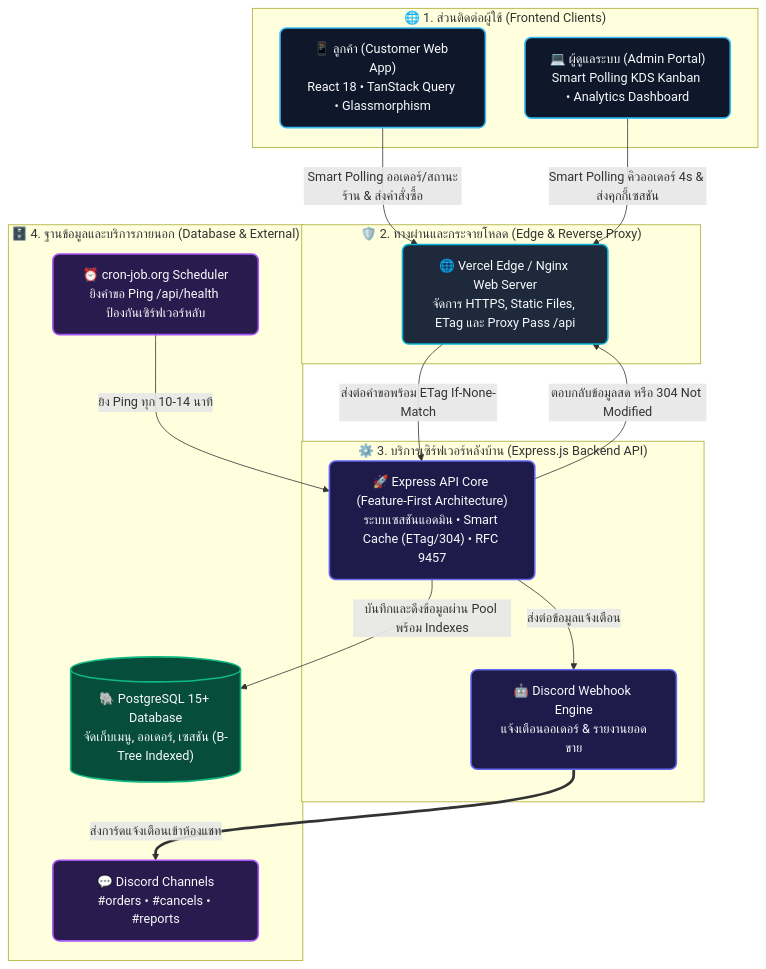
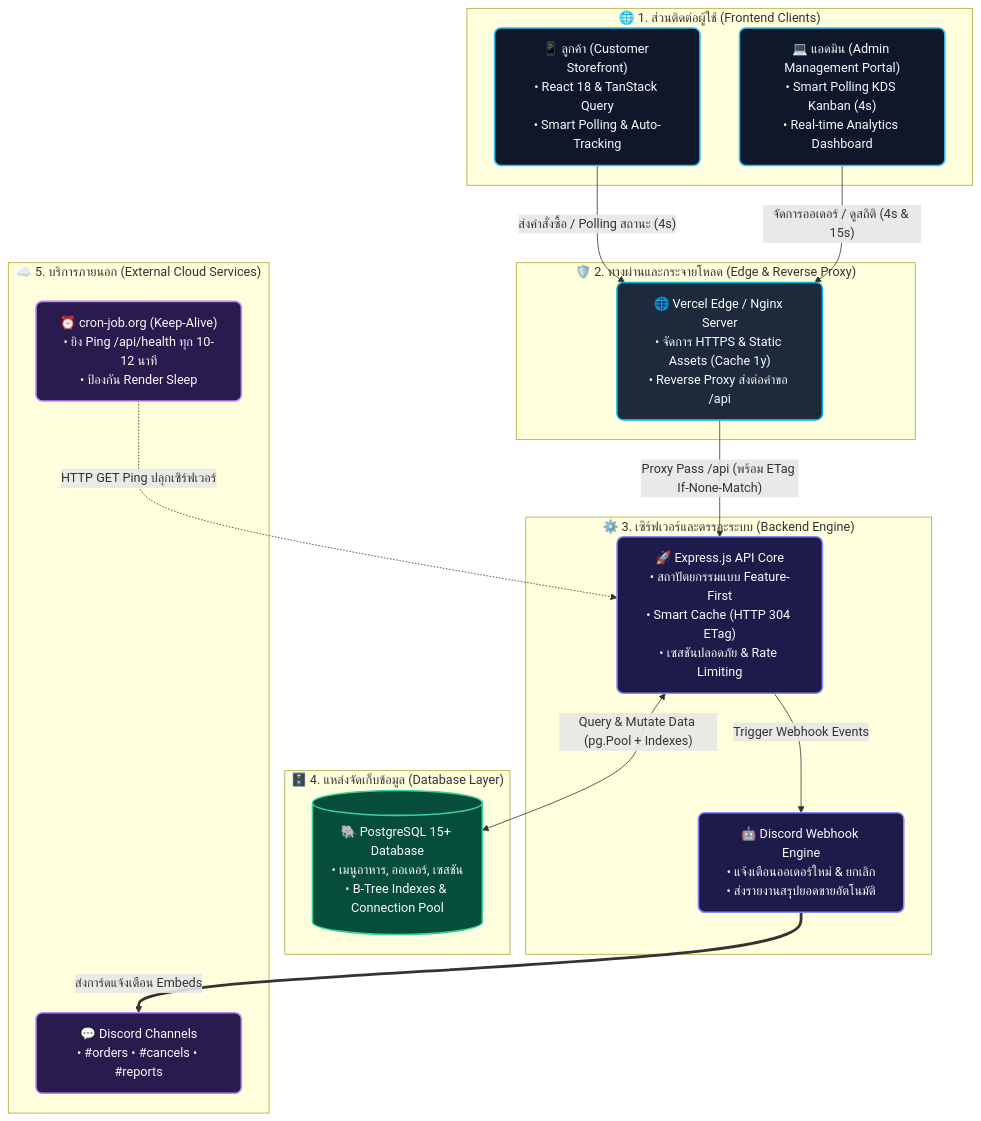
One commit to Youngmaidainon/Food-Order-Web-Application changed the diagram in README.md. Above: the diagram before and after it, drawn with Mermaid.

Commit message:
Renew Mermaid Diagram

````diff
--- a/README.md
+++ b/README.md
@@ -25,42 +25,44 @@
 ```mermaid
 flowchart TD
     %% กำหนดชุดสีและสไตล์ของแต่ละเลเยอร์ (GitHub Dark & Light Compatible)
-    classDef clientStyle fill:#0f172a,stroke:#38bdf8,stroke-width:2px,color:#f8fafc,rx:8px
-    classDef proxyStyle fill:#1e293b,stroke:#06b6d4,stroke-width:2px,color:#f8fafc,rx:8px
-    classDef backendStyle fill:#1e1b4b,stroke:#6366f1,stroke-width:2px,color:#f8fafc,rx:8px
-    classDef dbStyle fill:#064e3b,stroke:#10b981,stroke-width:2px,color:#f8fafc
-    classDef extStyle fill:#2a1b4e,stroke:#a855f7,stroke-width:2px,color:#f8fafc,rx:8px
+    classDef client fill:#0f172a,stroke:#38bdf8,stroke-width:2px,color:#f8fafc,rx:8px
+    classDef proxy fill:#1e293b,stroke:#06b6d4,stroke-width:2px,color:#f8fafc,rx:8px
+    classDef backend fill:#1e1b4b,stroke:#818cf8,stroke-width:2px,color:#f8fafc,rx:8px
+    classDef db fill:#064e3b,stroke:#34d399,stroke-width:2px,color:#f8fafc,rx:8px
+    classDef ext fill:#2a1b4e,stroke:#c084fc,stroke-width:2px,color:#f8fafc,rx:8px
 
-    subgraph Layer_Client ["🌐 1. ส่วนติดต่อผู้ใช้ (Frontend Clients)"]
-        Customer["📱 ลูกค้า (Customer Web App)<br/>React 18 • TanStack Query • Glassmorphism"]:::clientStyle
-        Admin["💻 ผู้ดูแลระบบ (Admin Portal)<br/>Smart Polling KDS Kanban • Analytics Dashboard"]:::clientStyle
+    subgraph CLIENTS ["🌐 1. ส่วนติดต่อผู้ใช้ (Frontend Clients)"]
+        Customer["📱 ลูกค้า (Customer Storefront)<br/>• React 18 & TanStack Query<br/>• Smart Polling & Auto-Tracking"]:::client
+        Admin["💻 แอดมิน (Admin Management Portal)<br/>• Smart Polling KDS Kanban (4s)<br/>• Real-time Analytics Dashboard"]:::client
     end
 
-    subgraph Layer_Proxy ["🛡️ 2. ทางผ่านและกระจายโหลด (Edge & Reverse Proxy)"]
-        Proxy["🌐 Vercel Edge / Nginx Web Server<br/>จัดการ HTTPS, Static Files, ETag และ Proxy Pass /api"]:::proxyStyle
+    subgraph GATEWAY ["🛡️ 2. ทางผ่านและกระจายโหลด (Edge & Reverse Proxy)"]
+        Proxy["🌐 Vercel Edge / Nginx Server<br/>• จัดการ HTTPS & Static Assets (Cache 1y)<br/>• Reverse Proxy ส่งต่อคำขอ /api"]:::proxy
     end
 
-    subgraph Layer_Backend ["⚙️ 3. บริการเซิร์ฟเวอร์หลังบ้าน (Express.js Backend API)"]
-        API["🚀 Express API Core (Feature-First Architecture)<br/>ระบบเซสชันแอดมิน • Smart Cache (ETag/304) • RFC 9457"]:::backendStyle
-        Discord["🤖 Discord Webhook Engine<br/>แจ้งเตือนออเดอร์ & รายงานยอดขาย"]:::backendStyle
+    subgraph BACKEND ["⚙️ 3. เซิร์ฟเวอร์และตรรกะระบบ (Backend Engine)"]
+        API["🚀 Express.js API Core<br/>• สถาปัตยกรรมแบบ Feature-First<br/>• Smart Cache (HTTP 304 ETag)<br/>• เซสชันปลอดภัย & Rate Limiting"]:::backend
+        DiscordModule["🤖 Discord Webhook Engine<br/>• แจ้งเตือนออเดอร์ใหม่ & ยกเลิก<br/>• ส่งรายงานสรุปยอดขายอัตโนมัติ"]:::backend
     end
 
-    subgraph Layer_Data ["🗄️ 4. ฐานข้อมูลและบริการภายนอก (Database & External)"]
-        DB[("🐘 PostgreSQL 15+ Database<br/>จัดเก็บเมนู, ออเดอร์, เซสชัน (B-Tree Indexed)")]:::dbStyle
-        DiscordApp["💬 Discord Channels<br/>#orders • #cancels • #reports"]:::extStyle
-        CronTrigger["⏰ cron-job.org Scheduler<br/>ยิงคำขอ Ping /api/health ป้องกันเซิร์ฟเวอร์หลับ"]:::extStyle
+    subgraph STORAGE ["🗄️ 4. แหล่งจัดเก็บข้อมูล (Database Layer)"]
+        Database[("🐘 PostgreSQL 15+ Database<br/>• เมนูอาหาร, ออเดอร์, เซสชัน<br/>• B-Tree Indexes & Connection Pool")]:::db
     end
 
-    %% เส้นทางการเชื่อมต่อ (Data Flow & Interactions)
-    Customer -->|Smart Polling ออเดอร์/สถานะร้าน & ส่งคำสั่งซื้อ| Proxy
-    Admin -->|Smart Polling คิวออเดอร์ 4s & ส่งคุกกี้เซสชัน| Proxy
+    subgraph EXTERNAL ["☁️ 5. บริการภายนอก (External Cloud Services)"]
+        CronBot["⏰ cron-job.org (Keep-Alive)<br/>• ยิง Ping /api/health ทุก 10-12 นาที<br/>• ป้องกัน Render Sleep"]:::ext
+        DiscordApp["💬 Discord Channels<br/>• #orders • #cancels • #reports"]:::ext
+    end
 
-    Proxy -->|ส่งต่อคำขอพร้อม ETag If-None-Match| API
+    %% เส้นทางการเชื่อมต่อและการไหลของข้อมูล (Data Flow & Interactions)
+    Customer -->|"ส่งคำสั่งซื้อ / Polling สถานะ (4s)"| Proxy
+    Admin -->|"จัดการออเดอร์ / ดูสถิติ (4s & 15s)"| Proxy
 
-    API -->|บันทึกและดึงข้อมูลผ่าน Pool พร้อม Indexes| DB
-    API -->|ตอบกลับข้อมูลสด หรือ 304 Not Modified| Proxy
-    API -->|ส่งต่อข้อมูลแจ้งเตือน| Discord
-    CronTrigger -->|ยิง Ping ทุก 10-14 นาที| API
+    Proxy -->|"Proxy Pass /api (พร้อม ETag If-None-Match)"| API
 
-    Discord ==>|ส่งการ์ดแจ้งเตือนเข้าห้องแชท| DiscordApp
+    API <-->|"Query & Mutate Data (pg.Pool + Indexes)"| Database
+    API -->|"Trigger Webhook Events"| DiscordModule
+
+    DiscordModule ==>|"ส่งการ์ดแจ้งเตือน Embeds"| DiscordApp
+    CronBot -.->|"HTTP GET Ping ปลุกเซิร์ฟเวอร์"| API
 ```
````
